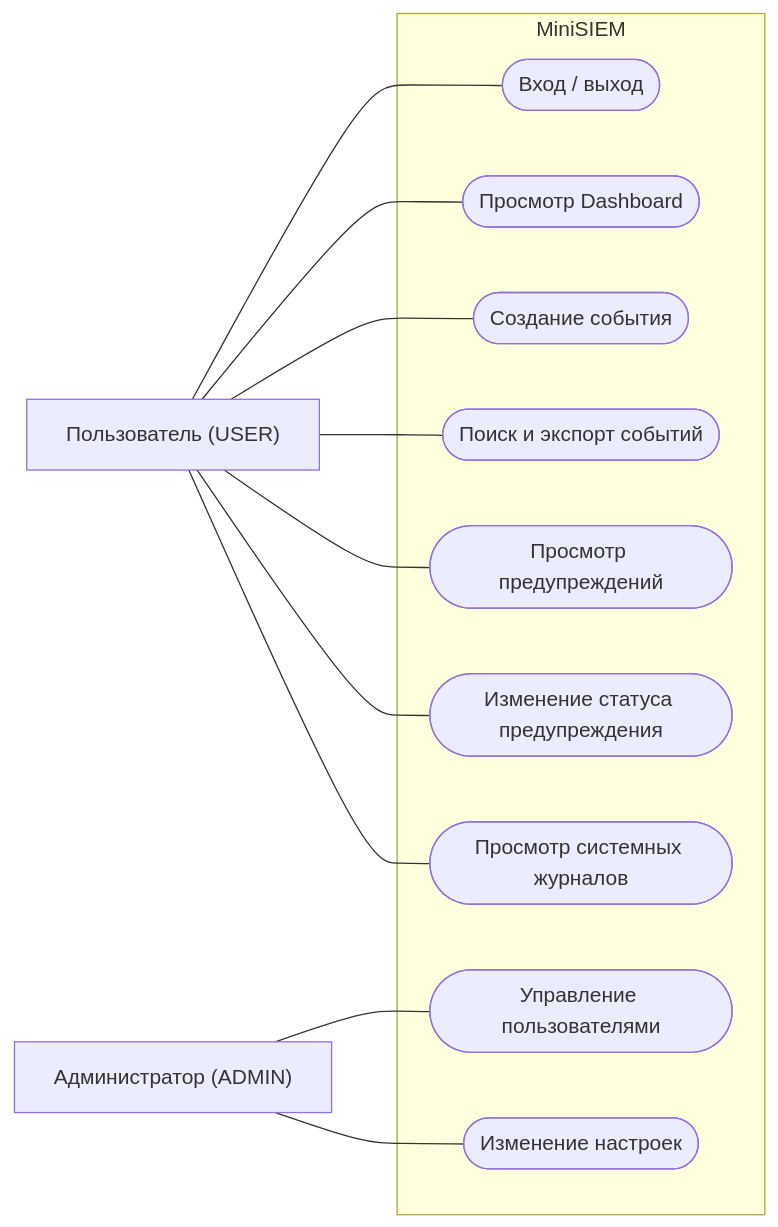
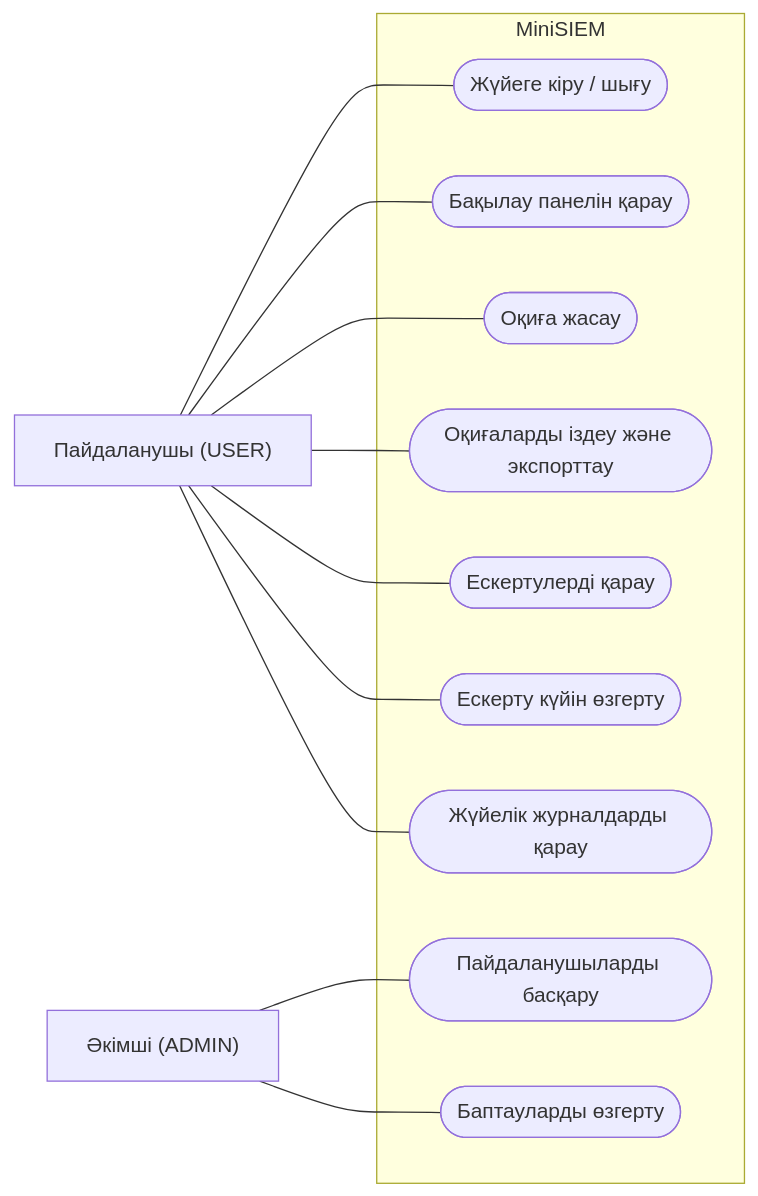
One commit to FURIA-Team/-SIEM changed the third of 4 diagrams in README.md. Above: the diagram before and after it, drawn with Mermaid. The commit also changed other lines of this file, not shown here.

````diff
--- a/README.md
+++ b/README.md
@@ -160,25 +158,25 @@
 ```mermaid
 flowchart LR
-    U["Пользователь (USER)"]
-    A["Администратор (ADMIN)"]
+    U["Пайдаланушы (USER)"]
+    A["Әкімші (ADMIN)"]
     subgraph SYS["MiniSIEM"]
-      UC1(["Вход / выход"])
-      UC2(["Просмотр Dashboard"])
-      UC3(["Создание события"])
-      UC4(["Поиск и экспорт событий"])
-      UC5(["Просмотр предупреждений"])
-      UC6(["Изменение статуса предупреждения"])
-      UC7(["Просмотр системных журналов"])
-      UC8(["Управление пользователями"])
-      UC9(["Изменение настроек"])
+      UC1(["Жүйеге кіру / шығу"])
+      UC2(["Бақылау панелін қарау"])
+      UC3(["Оқиға жасау"])
+      UC4(["Оқиғаларды іздеу және экспорттау"])
+      UC5(["Ескертулерді қарау"])
+      UC6(["Ескерту күйін өзгерту"])
+      UC7(["Жүйелік журналдарды қарау"])
+      UC8(["Пайдаланушыларды басқару"])
+      UC9(["Баптауларды өзгерту"])
     end
     U --- UC1
     U --- UC2
     U --- UC3
     U --- UC4
     U --- UC5
     U --- UC6
     U --- UC7
     A --- UC8
     A --- UC9
 ```
````
